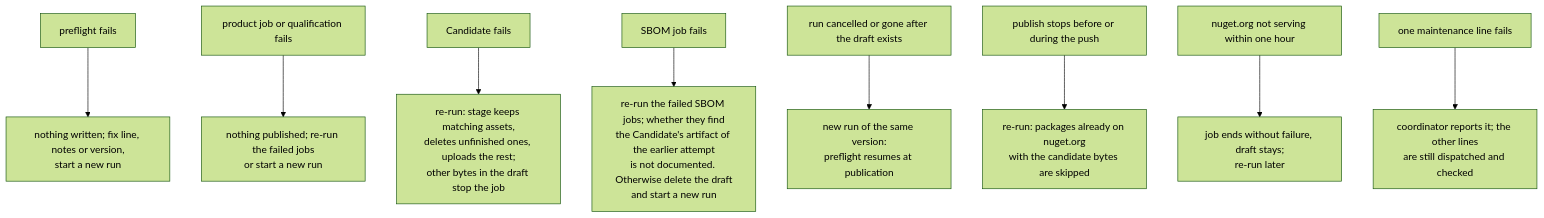
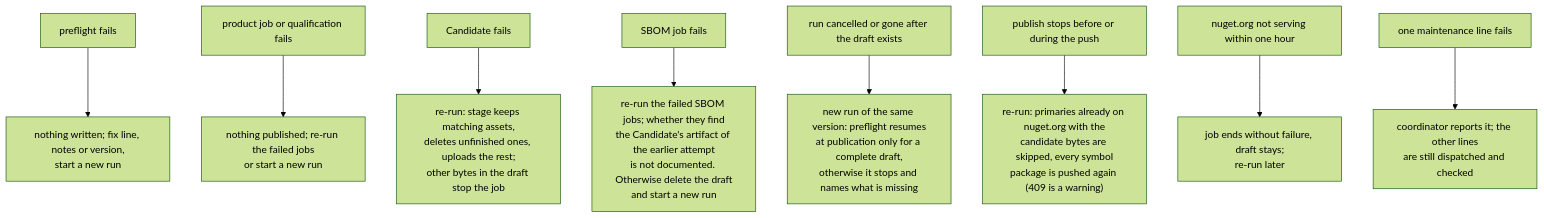
One commit to doka-labs/workflows changed diagram 16 of 19 in docs/overview.md. Above: the diagram before and after it, drawn with Mermaid (forest theme). The commit also changed other lines of this file and 8 other files, not shown here.

First line of the commit message:
fix(workflows): first publication, draft resume and symbol retries

````diff
--- a/docs/overview.md
+++ b/docs/overview.md
@@ -393,11 +396,11 @@
 ```mermaid
 flowchart TB
   f1["preflight fails"] --> x1["nothing written; fix line, notes or version,<br/>start a new run"]
   f2["product job or qualification fails"] --> x2["nothing published; re-run the failed jobs<br/>or start a new run"]
   f3["Candidate fails"] --> x3["re-run: stage keeps matching assets,<br/>deletes unfinished ones, uploads the rest;<br/>other bytes in the draft stop the job"]
   f4["SBOM job fails"] --> x4["re-run the failed SBOM jobs; whether they find<br/>the Candidate's artifact of the earlier attempt<br/>is not documented. Otherwise delete the draft<br/>and start a new run"]
-  f5["run cancelled or gone after the draft exists"] --> x5["new run of the same version:<br/>preflight resumes at publication"]
-  f6["publish stops before or during the push"] --> x6["re-run: packages already on nuget.org<br/>with the candidate bytes are skipped"]
+  f5["run cancelled or gone after the draft exists"] --> x5["new run of the same version: preflight resumes<br/>at publication only for a complete draft,<br/>otherwise it stops and names what is missing"]
+  f6["publish stops before or during the push"] --> x6["re-run: primaries already on nuget.org with the<br/>candidate bytes are skipped, every symbol<br/>package is pushed again (409 is a warning)"]
   f7["nuget.org not serving within one hour"] --> x7["job ends without failure, draft stays;<br/>re-run later"]
   f8["one maintenance line fails"] --> x8["coordinator reports it; the other lines<br/>are still dispatched and checked"]
 ```
````
